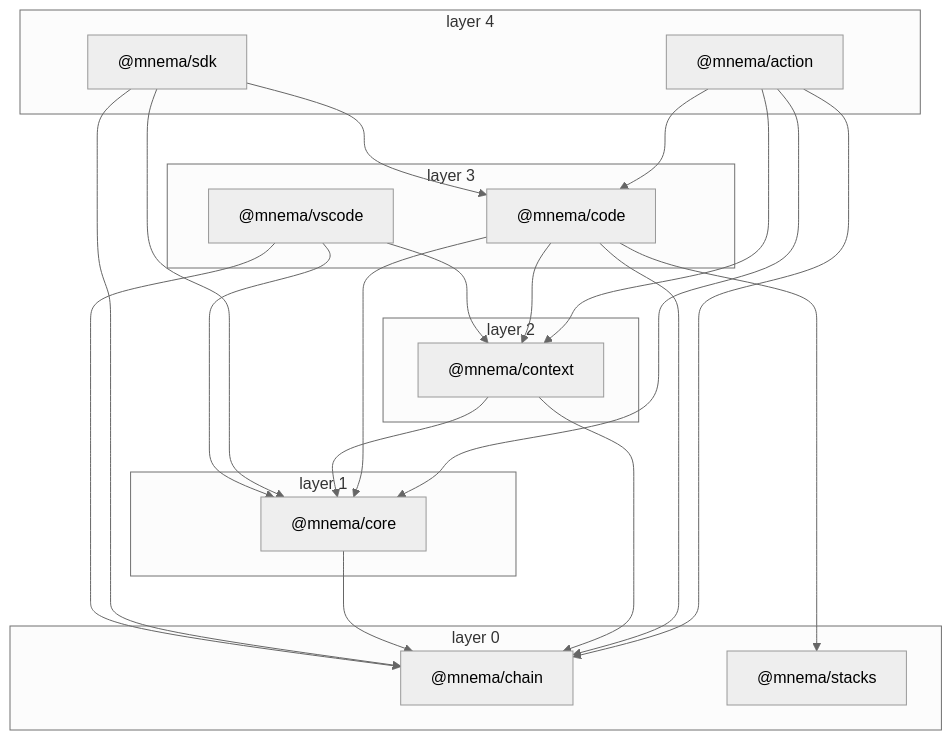
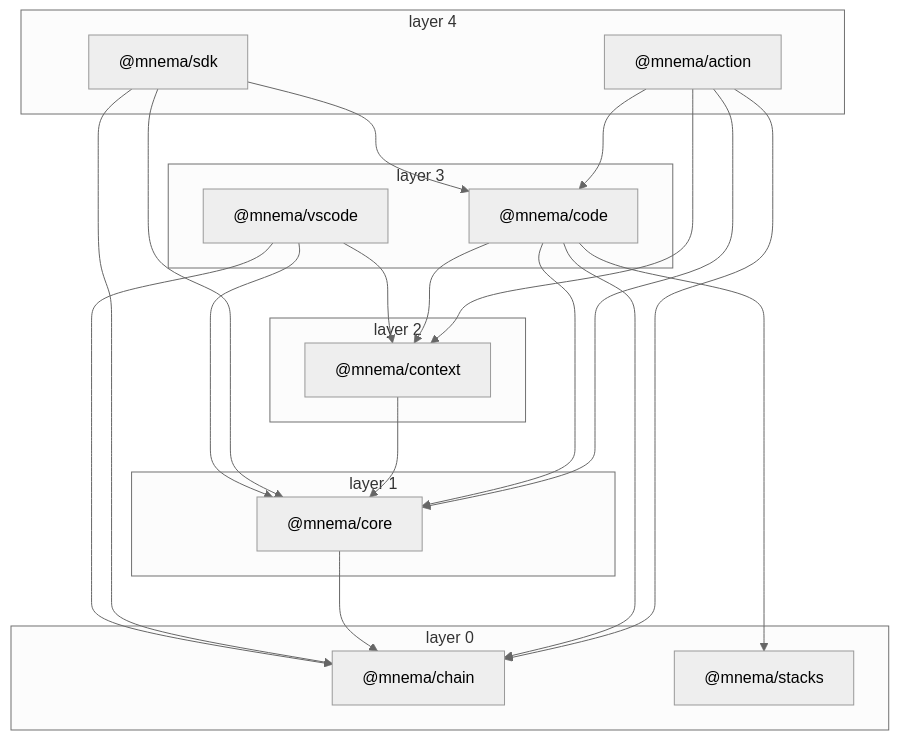
One commit to mnema-work/mnema changed the diagram in docs/architecture.md. Above: the diagram before and after it, drawn with Mermaid (neutral theme). The commit also changed other lines of this file and 2 other files, not shown here.

````diff
--- a/docs/architecture.md
+++ b/docs/architecture.md
@@ -12,38 +12,37 @@
 ```mermaid
 flowchart TD
   subgraph layer0["layer 0"]
     chain["@mnema/chain"]
     stacks["@mnema/stacks"]
   end
   subgraph layer1["layer 1"]
     core["@mnema/core"]
   end
   subgraph layer2["layer 2"]
     context["@mnema/context"]
   end
   subgraph layer3["layer 3"]
     code["@mnema/code"]
     vscode["@mnema/vscode"]
   end
   subgraph layer4["layer 4"]
     action["@mnema/action"]
     sdk["@mnema/sdk"]
   end
   action --> chain
   action --> code
   action --> context
   action --> core
   code --> chain
   code --> context
   code --> core
   code --> stacks
-  context --> chain
   context --> core
   core --> chain
   sdk --> chain
   sdk --> code
   sdk --> core
   vscode --> chain
   vscode --> context
   vscode --> core
 ```
````
